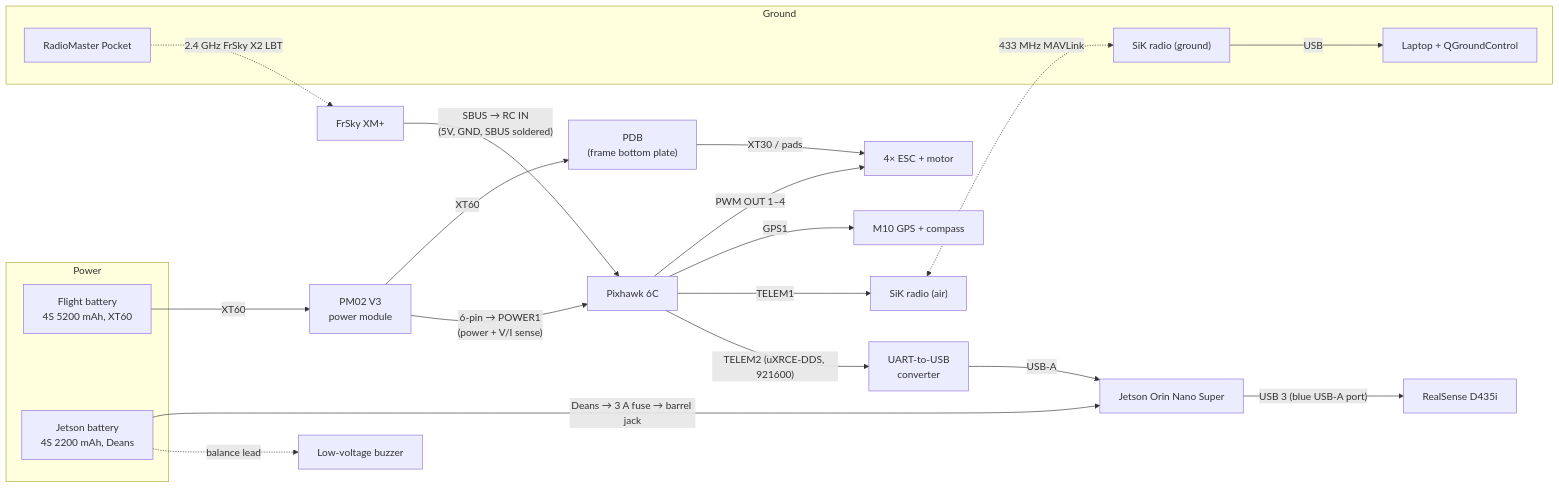
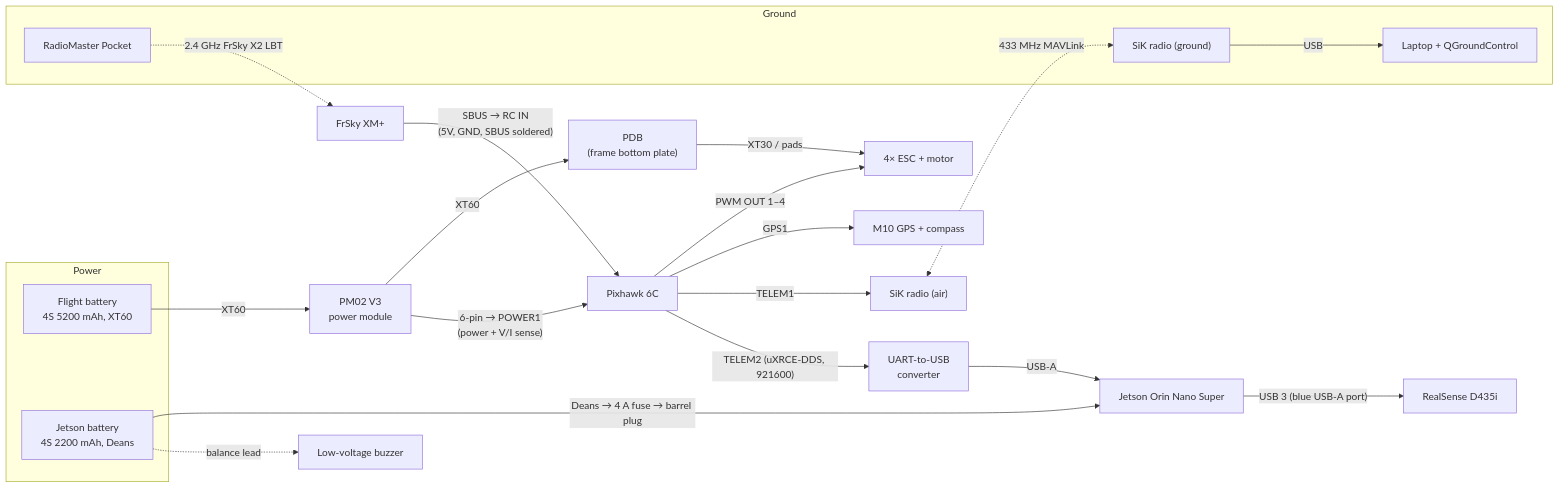
Before and after one commit to CogitoNTNU/CogiDrone: the diagram in docs/hardware.md, drawn with Mermaid. The commit also changed other lines of this file and 43 other files, not shown here.

````diff
--- a/docs/hardware.md
+++ b/docs/hardware.md
@@ -54,43 +55,43 @@
 ```mermaid
 flowchart LR
     subgraph Power
         FBAT["Flight battery<br/>4S 5200 mAh, XT60"]
         JBAT["Jetson battery<br/>4S 2200 mAh, Deans"]
     end
 
     PM["PM02 V3<br/>power module"]
     PDB["PDB<br/>(frame bottom plate)"]
     ESC["4× ESC + motor"]
     FC["Pixhawk 6C"]
     GPS["M10 GPS + compass"]
     SIKA["SiK radio (air)"]
     RX["FrSky XM+"]
     USBUART["UART-to-USB<br/>converter"]
     JET["Jetson Orin Nano Super"]
     CAM["RealSense D435i"]
     BUZ["Low-voltage buzzer"]
 
     subgraph Ground
         SIKG["SiK radio (ground)"]
         GCS["Laptop + QGroundControl"]
         TX["RadioMaster Pocket"]
     end
 
     FBAT -- XT60 --> PM
     PM -- XT60 --> PDB
     PDB -- XT30 / pads --> ESC
     PM -- "6-pin → POWER1<br/>(power + V/I sense)" --> FC
     FC -- "PWM OUT 1–4" --> ESC
     FC -- GPS1 --> GPS
     FC -- TELEM1 --> SIKA
     RX -- "SBUS → RC IN<br/>(5V, GND, SBUS soldered)" --> FC
     FC -- "TELEM2 (uXRCE-DDS, 921600)" --> USBUART
     USBUART -- "USB-A" --> JET
-    JBAT -- "Deans → 3 A fuse → barrel jack" --> JET
+    JBAT -- "Deans → 4 A fuse → barrel plug" --> JET
     JBAT -. balance lead .-> BUZ
     JET -- "USB 3 (blue USB-A port)" --> CAM
 
     SIKA <-. "433 MHz MAVLink" .-> SIKG
     SIKG -- USB --> GCS
     TX -. "2.4 GHz FrSky X2 LBT" .-> RX
 ```
````
